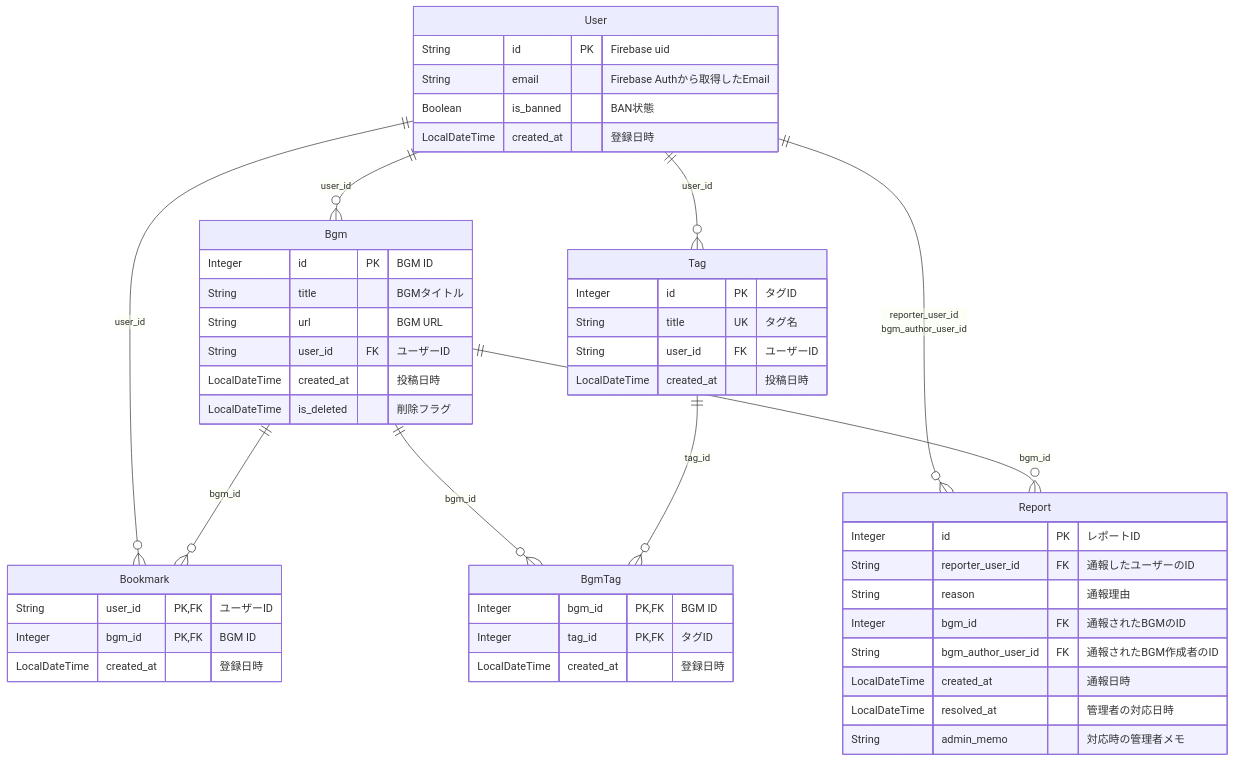
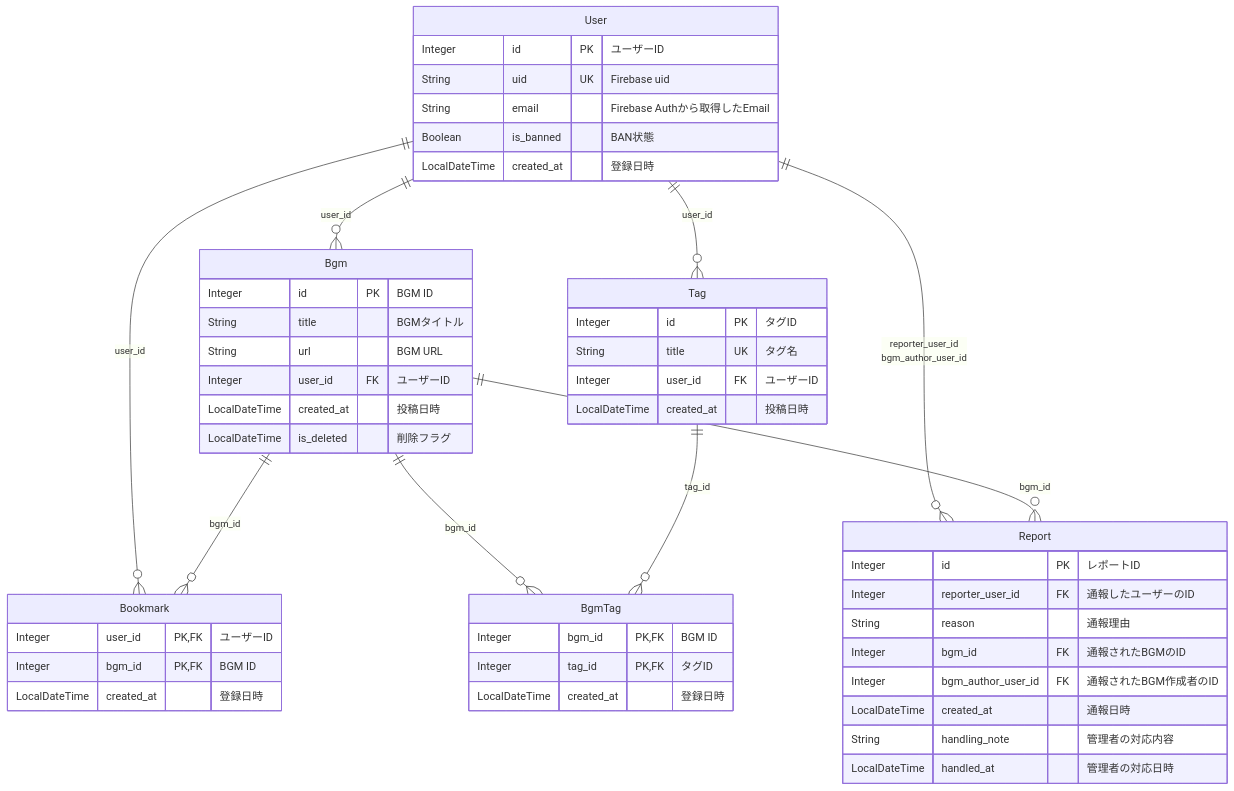
One commit to kagomen/bgm-api-springboot changed the diagram in docs/er.md. Above: the diagram before and after it, drawn with Mermaid. The commit also changed 2 other files, not shown here.

Commit message:
通報対応のAPI作成と内部ユーザーIDの再作成

````diff
--- a/docs/er.md
+++ b/docs/er.md
@@ -5,58 +5,59 @@
 ```mermaid
 erDiagram
 
 User {
-String id PK "Firebase uid"
+Integer id PK "ユーザーID"
+String uid UK "Firebase uid"
 String email "Firebase Authから取得したEmail"
 Boolean is_banned "BAN状態"
 LocalDateTime created_at "登録日時"
 }
 
 Bgm {
 Integer id PK "BGM ID"
 String title "BGMタイトル"
 String url "BGM URL"
-String user_id FK "ユーザーID"
+Integer user_id FK "ユーザーID"
 LocalDateTime created_at "投稿日時"
 LocalDateTime is_deleted "削除フラグ"
 }
 
 Bookmark {
-String user_id PK,FK "ユーザーID"
+Integer user_id PK,FK "ユーザーID"
 Integer bgm_id PK,FK "BGM ID"
 LocalDateTime created_at "登録日時"
 }
 
 Tag {
 Integer id PK "タグID"
 String title UK "タグ名"
-String user_id FK "ユーザーID"
+Integer user_id FK "ユーザーID"
 LocalDateTime created_at "投稿日時"
 }
 
 BgmTag {
 Integer bgm_id PK,FK "BGM ID"
 Integer tag_id PK,FK "タグID"
 LocalDateTime created_at "登録日時"
 }
 
 Report {
 Integer id PK "レポートID"
-String reporter_user_id FK "通報したユーザーのID"
+Integer reporter_user_id FK "通報したユーザーのID"
 String reason "通報理由"
 Integer bgm_id FK "通報されたBGMのID"
-String bgm_author_user_id FK "通報されたBGM作成者のID"
+Integer bgm_author_user_id FK "通報されたBGM作成者のID"
 LocalDateTime created_at "通報日時"
-LocalDateTime resolved_at "管理者の対応日時"
-String admin_memo "対応時の管理者メモ"
+String handling_note "管理者の対応内容"
+LocalDateTime handled_at "管理者の対応日時"
 }
 
 User ||--o{ Bgm : user_id
 User ||--o{ Bookmark : user_id
 User ||--o{ Tag : user_id
 User ||--o{ Report : "reporter_user_id<br />bgm_author_user_id"
 Bgm ||--o{ Bookmark : bgm_id
 Bgm ||--o{ BgmTag : bgm_id
 Bgm ||--o{ Report : bgm_id
 Tag ||--o{ BgmTag : tag_id
 ```
````
